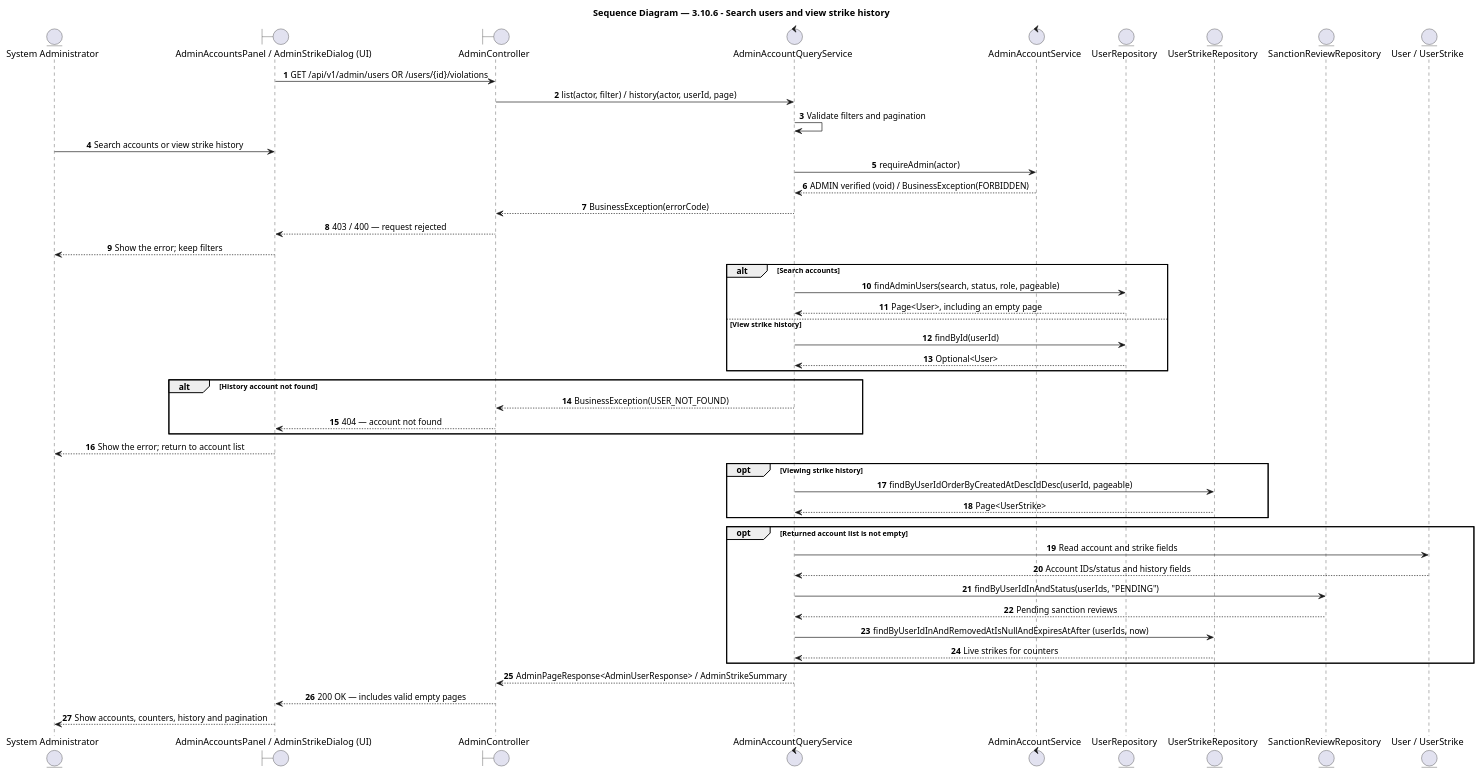
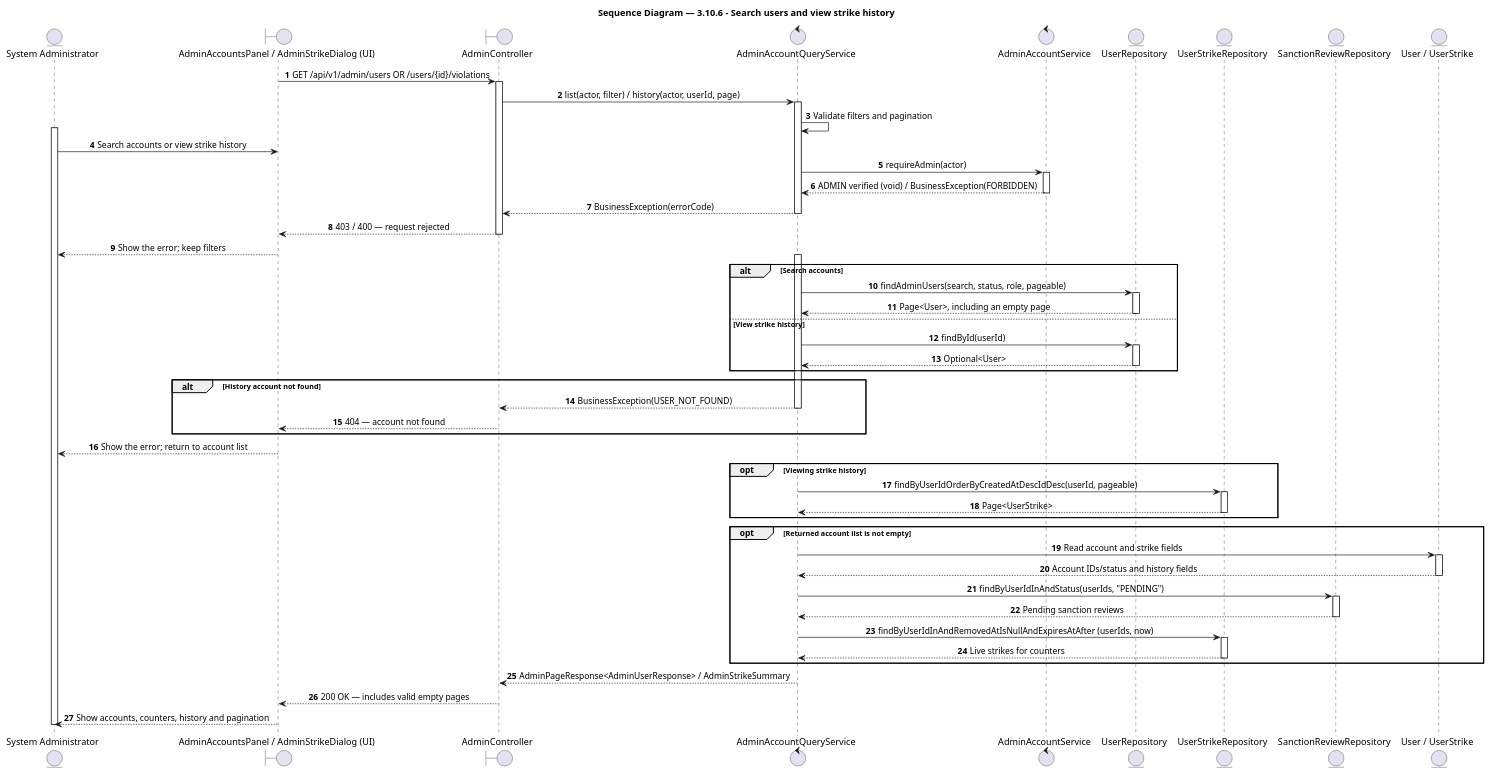
Before and after one commit to BrandHubOrganization/brandhub-infrastructure: the diagram in docs/feature/admin-management/3-10-6-view-user/report4_sequence.puml, drawn with PlantUML. The commit also changed 149 other files, not shown here.

Commit message:
docs(sequence): fix activation bars across all sequence diagrams according to UML 2.5 rules

```diff
--- a/docs/feature/admin-management/3-10-6-view-user/report4_sequence.puml
+++ b/docs/feature/admin-management/3-10-6-view-user/report4_sequence.puml
@@ -1,67 +1,91 @@
 @startuml 3.10.6 - Search users and view strike history
 title Sequence Diagram — 3.10.6 - Search users and view strike history
 
 autonumber
 skinparam shadowing false
 skinparam sequenceMessageAlign center
 skinparam BoxPadding 10
 skinparam ParticipantPadding 10
 
 ' === Participants ===
 entity "System Administrator" as systemadministrator
 boundary "AdminAccountsPanel / AdminStrikeDialog (UI)" as adminaccountspanelad
 boundary "AdminController" as admincontroller
 control "AdminAccountQueryService" as adminaccountqueryser
 control "AdminAccountService" as adminaccountservice
 entity "UserRepository" as userrepository
 entity "UserStrikeRepository" as userstrikerepository
 entity "SanctionReviewRepository" as sanctionreviewreposi
 entity "User / UserStrike" as useruserstrike
 
 ' === Flow ===
 adminaccountspanelad -> admincontroller: GET /api/v1/admin/users OR /users/{id}/violations
+activate admincontroller
 admincontroller -> adminaccountqueryser: list(actor, filter) / history(actor, userId, page)
+activate adminaccountqueryser
 adminaccountqueryser -> adminaccountqueryser: Validate filters and pagination
+activate systemadministrator
 systemadministrator -> adminaccountspanelad: Search accounts or view strike history
 adminaccountqueryser -> adminaccountservice: requireAdmin(actor)
+activate adminaccountservice
 adminaccountservice --> adminaccountqueryser: ADMIN verified (void) / BusinessException(FORBIDDEN)
+deactivate adminaccountservice
 adminaccountqueryser --> admincontroller: BusinessException(errorCode)
+deactivate adminaccountqueryser
 admincontroller --> adminaccountspanelad: 403 / 400 — request rejected
+deactivate admincontroller
 adminaccountspanelad --> systemadministrator: Show the error; keep filters
 
 alt Search accounts
+  activate adminaccountqueryser
   adminaccountqueryser -> userrepository: findAdminUsers(search, status, role, pageable)
+  activate userrepository
   userrepository --> adminaccountqueryser: Page<User>, including an empty page
+  deactivate userrepository
 else View strike history
   adminaccountqueryser -> userrepository: findById(userId)
+  activate userrepository
   userrepository --> adminaccountqueryser: Optional<User>
+  deactivate userrepository
 end
 
 
 alt History account not found
   adminaccountqueryser --> admincontroller: BusinessException(USER_NOT_FOUND)
+  deactivate adminaccountqueryser
   admincontroller --> adminaccountspanelad: 404 — account not found
 end
+activate adminaccountqueryser
 
 adminaccountspanelad --> systemadministrator: Show the error; return to account list
 
 opt Viewing strike history
   adminaccountqueryser -> userstrikerepository: findByUserIdOrderByCreatedAtDescIdDesc(userId, pageable)
+  activate userstrikerepository
   userstrikerepository --> adminaccountqueryser: Page<UserStrike>
+  deactivate userstrikerepository
 end
 
 
 opt Returned account list is not empty
   adminaccountqueryser -> useruserstrike: Read account and strike fields
+  activate useruserstrike
   useruserstrike --> adminaccountqueryser: Account IDs/status and history fields
+  deactivate useruserstrike
   adminaccountqueryser -> sanctionreviewreposi: findByUserIdInAndStatus(userIds, "PENDING")
+  activate sanctionreviewreposi
   sanctionreviewreposi --> adminaccountqueryser: Pending sanction reviews
+  deactivate sanctionreviewreposi
   adminaccountqueryser -> userstrikerepository: findByUserIdInAndRemovedAtIsNullAndExpiresAtAfter (userIds, now)
+  activate userstrikerepository
   userstrikerepository --> adminaccountqueryser: Live strikes for counters
+  deactivate userstrikerepository
 end
 
 adminaccountqueryser --> admincontroller: AdminPageResponse<AdminUserResponse> / AdminStrikeSummary
+deactivate adminaccountqueryser
 admincontroller --> adminaccountspanelad: 200 OK — includes valid empty pages
 adminaccountspanelad --> systemadministrator: Show accounts, counters, history and pagination
 
+deactivate systemadministrator
 @enduml
```
